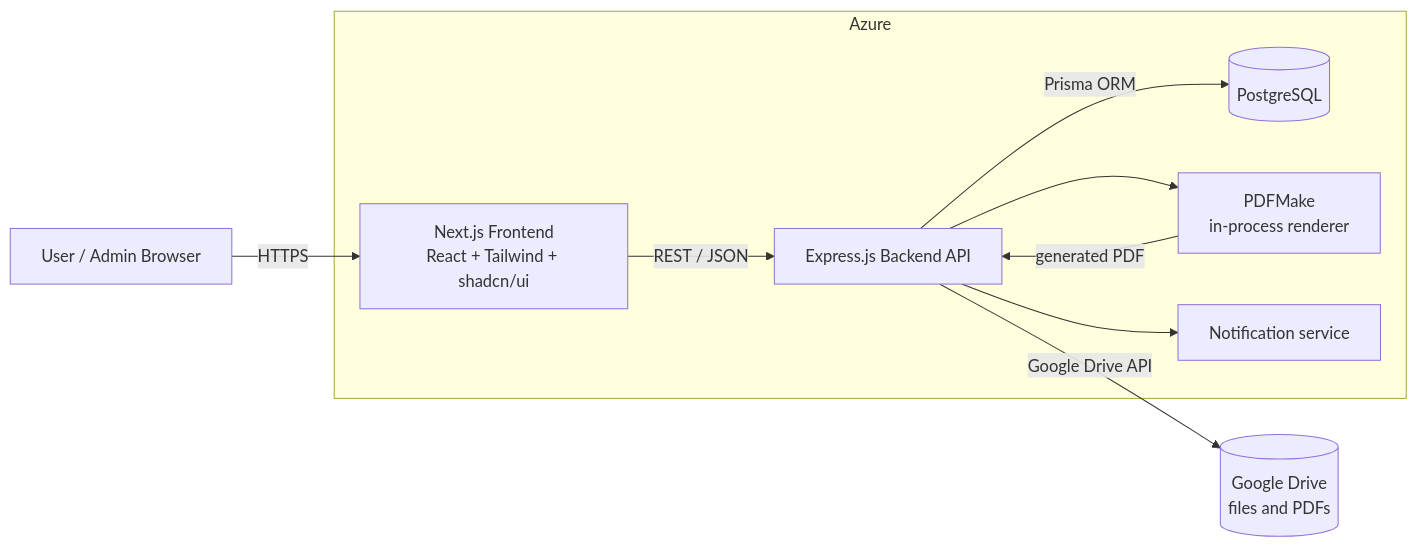
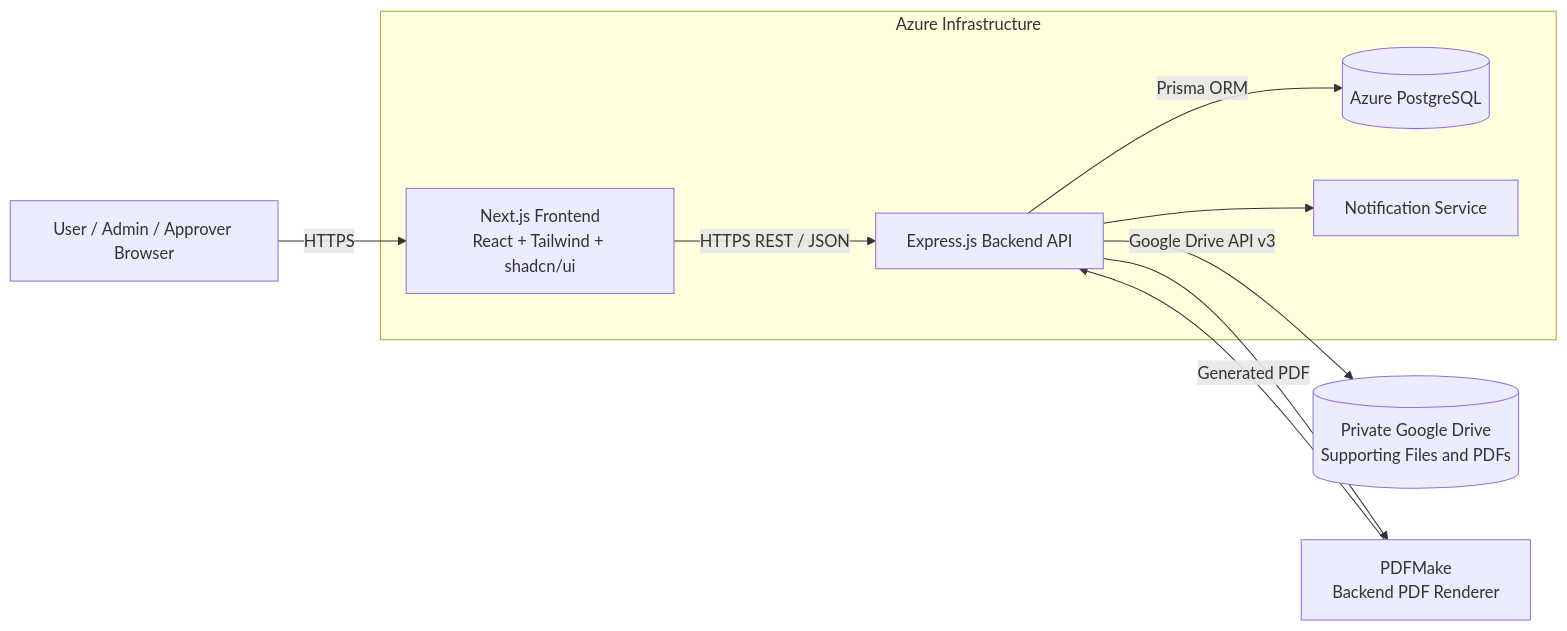
The diagram in docs/03-system-architecture.md (Rideema14/Contract-Form-Automation), drawn with Mermaid before and after one commit. The commit also changed other lines of this file and 17 other files, not shown here.

````diff
--- a/docs/03-system-architecture.md
+++ b/docs/03-system-architecture.md
@@ -7,17 +15,25 @@
 ```mermaid
 flowchart LR
-    U[User / Admin Browser] -->|HTTPS| FE[Next.js Frontend<br/>React + Tailwind + shadcn/ui]
-    FE -->|REST / JSON| BE[Express.js Backend API]
-    BE -->|Prisma ORM| DB[(PostgreSQL)]
-    BE -->|Google Drive API| GD[(Google Drive<br/>files and PDFs)]
-    BE --> PDF[PDFMake<br/>in-process renderer]
-    PDF -->|generated PDF| BE
-    BE --> NT[Notification service]
-    subgraph Azure
+    U[User / Admin / Approver Browser]
+
+    U -->|HTTPS| FE[Next.js Frontend<br/>React + Tailwind + shadcn/ui]
+
+    FE -->|HTTPS REST / JSON| BE[Express.js Backend API]
+
+    BE -->|Prisma ORM| DB[(Azure PostgreSQL)]
+
+    BE -->|Google Drive API v3| GD[(Private Google Drive<br/>Supporting Files and PDFs)]
+
+    BE --> PDF[PDFMake<br/>Backend PDF Renderer]
+
+    PDF -->|Generated PDF| BE
+
+    BE --> NT[Notification Service]
+
+    subgraph Azure Infrastructure
         FE
         BE
-        PDF
         DB
         NT
     end
 ```
````
